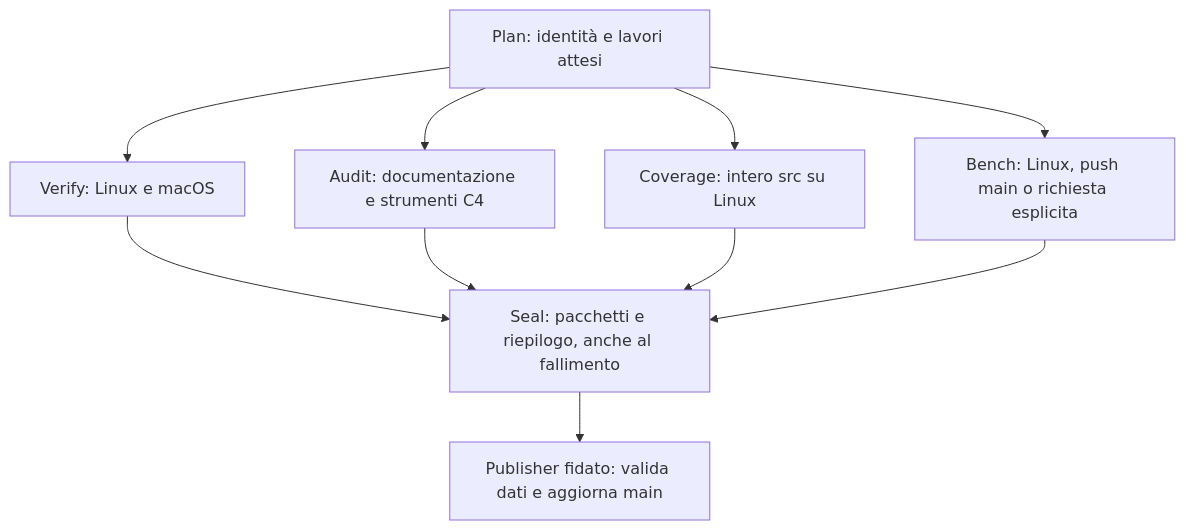
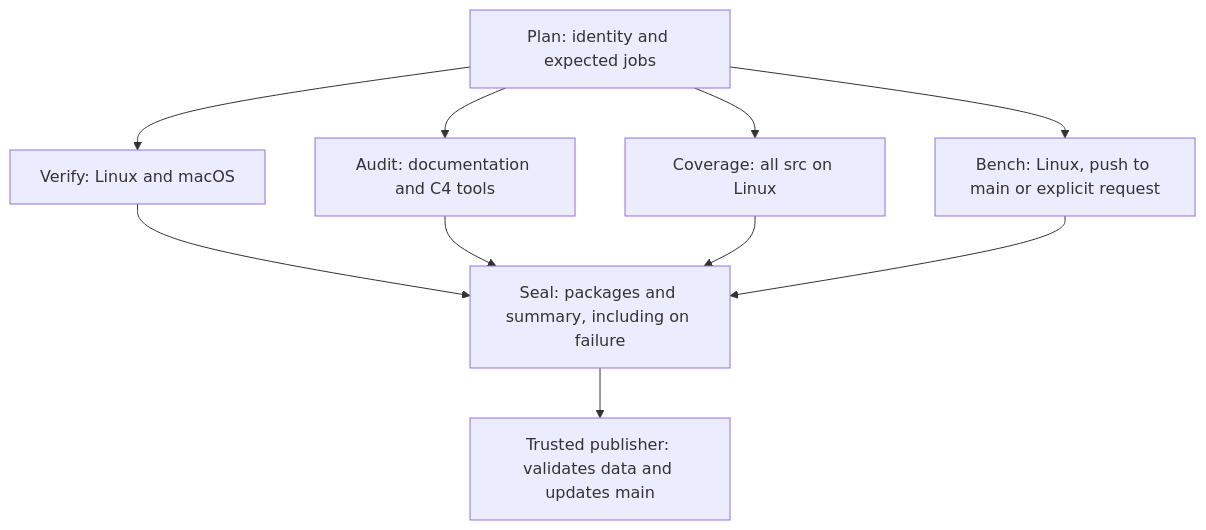
One commit to gipidevdor/ArcDocDB changed the diagram in docs/implementazione/ci-statistiche.md. Above: the diagram before and after it, drawn with Mermaid. The commit also changed other lines of this file and 535 other files, not shown here.

````diff
--- a/docs/implementazione/ci-statistiche.md
+++ b/docs/implementazione/ci-statistiche.md
@@ -83,12 +93,12 @@
 ```mermaid
 flowchart TD
-    P[Plan: identità e lavori attesi] --> V[Verify: Linux e macOS]
-    P --> A[Audit: documentazione e strumenti C4]
-    P --> C[Coverage: intero src su Linux]
-    P --> B[Bench: Linux, push main o richiesta esplicita]
-    V --> S[Seal: pacchetti e riepilogo, anche al fallimento]
+    P[Plan: identity and expected jobs] --> V[Verify: Linux and macOS]
+    P --> A[Audit: documentation and C4 tools]
+    P --> C[Coverage: all src on Linux]
+    P --> B[Bench: Linux, push to main or explicit request]
+    V --> S[Seal: packages and summary, including on failure]
     A --> S
     C --> S
     B --> S
-    S --> W[Publisher fidato: valida dati e aggiorna main]
+    S --> W[Trusted publisher: validates data and updates main]
 ```
````
